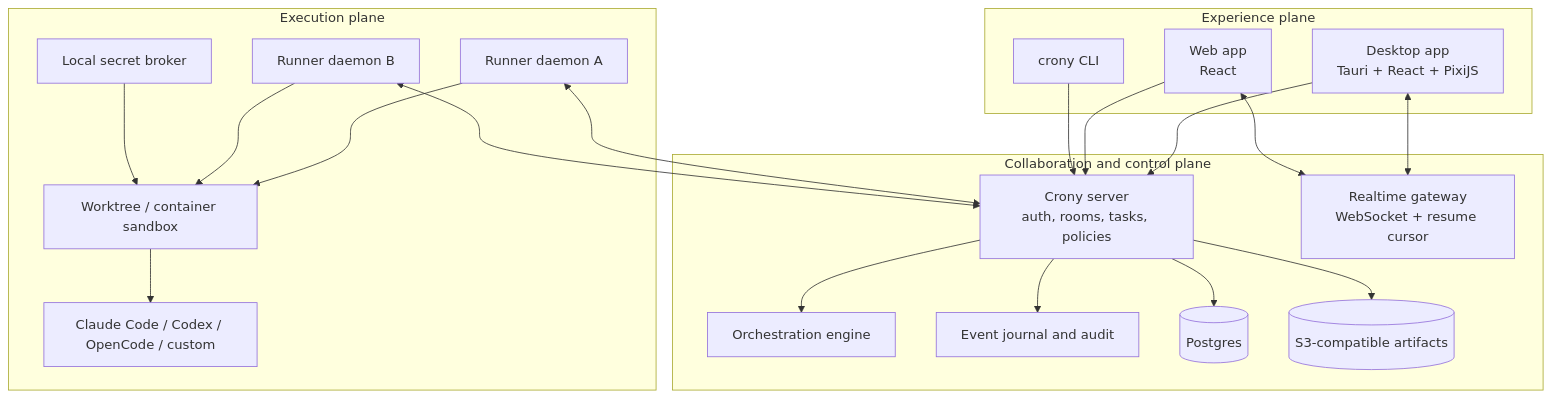
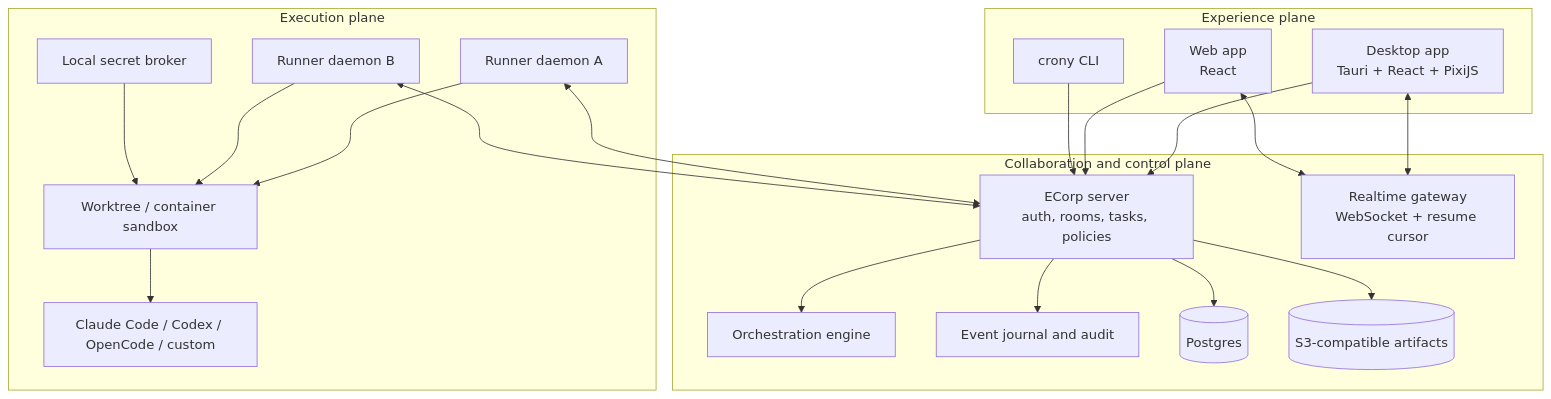
One commit to shyamsridhar123/ecorp changed the diagram in docs/PRODUCT_AND_TECHNICAL_PLAN.md. Above: the diagram before and after it, drawn with Mermaid. The commit also changed other lines of this file and 42 other files, not shown here.

````diff
--- a/docs/PRODUCT_AND_TECHNICAL_PLAN.md
+++ b/docs/PRODUCT_AND_TECHNICAL_PLAN.md
@@ -413,41 +413,41 @@
 ```mermaid
 flowchart TB
   subgraph Experience["Experience plane"]
     Desktop["Desktop app<br/>Tauri + React + PixiJS"]
     Web["Web app<br/>React"]
     CLI["crony CLI"]
   end
 
   subgraph Control["Collaboration and control plane"]
-    API["Crony server<br/>auth, rooms, tasks, policies"]
+    API["ECorp server<br/>auth, rooms, tasks, policies"]
     Realtime["Realtime gateway<br/>WebSocket + resume cursor"]
     Orchestrator["Orchestration engine"]
     Audit["Event journal and audit"]
     DB[("Postgres")]
     Objects[("S3-compatible artifacts")]
   end
 
   subgraph Execution["Execution plane"]
     RunnerA["Runner daemon A"]
     RunnerB["Runner daemon B"]
     Sandbox["Worktree / container sandbox"]
     Agents["Claude Code / Codex / OpenCode / custom"]
     Secrets["Local secret broker"]
   end
 
   Desktop --> API
   Web --> API
   CLI --> API
   Desktop <--> Realtime
   Web <--> Realtime
   API --> Orchestrator
   API --> Audit
   API --> DB
   API --> Objects
   RunnerA <--> API
   RunnerB <--> API
   RunnerA --> Sandbox
   RunnerB --> Sandbox
   Sandbox --> Agents
   Secrets --> Sandbox
 ```
````
